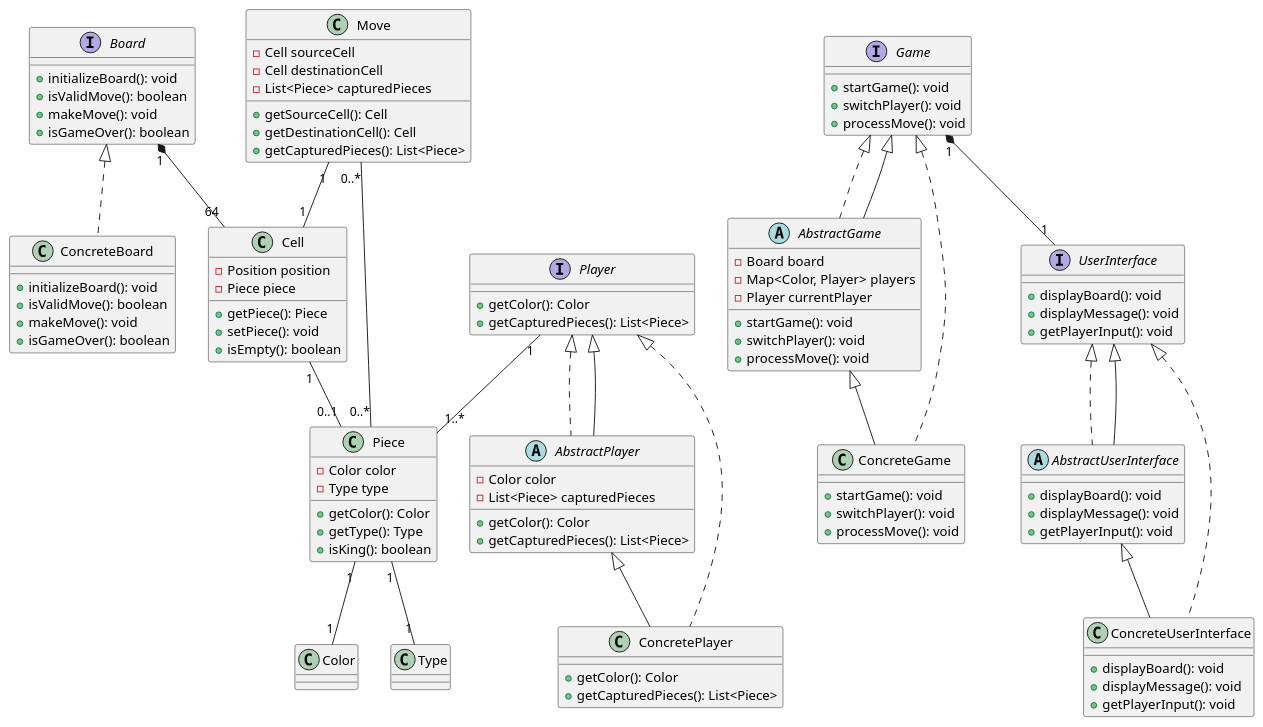
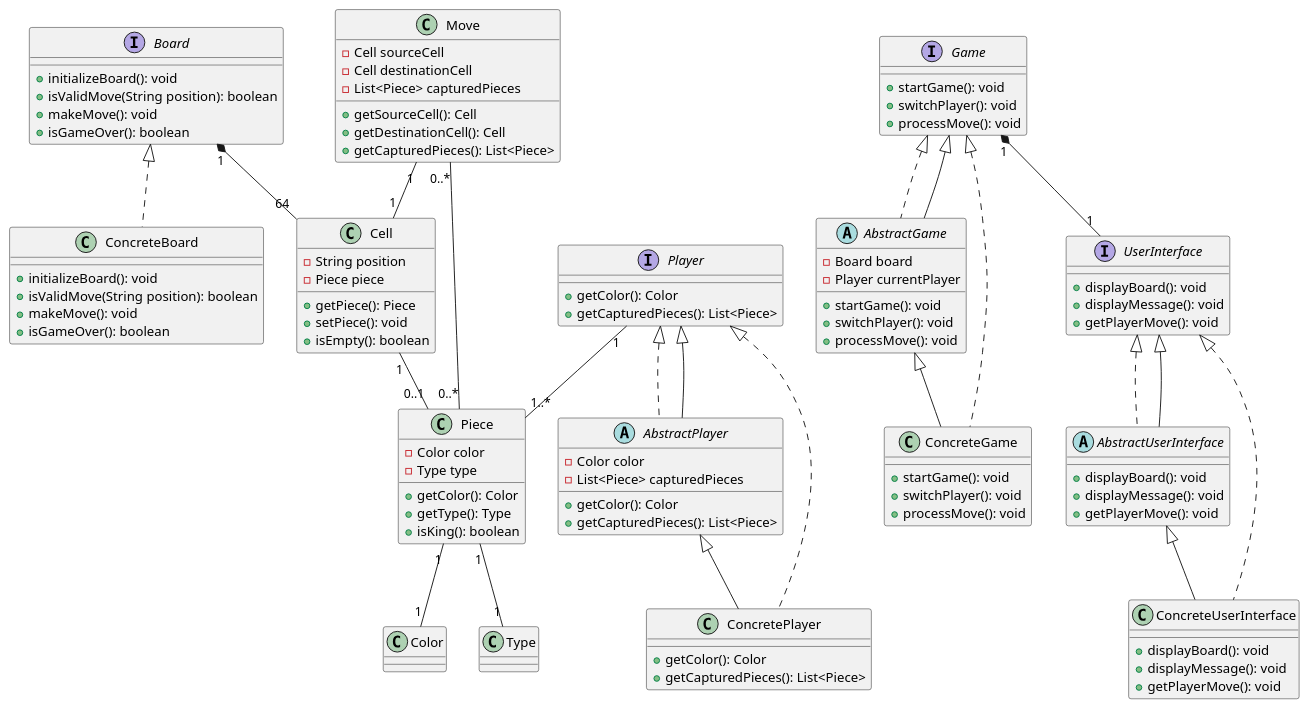
One commit to TSaavaMate/designPrincipes changed the diagram in designs/games/checker/checker.puml. Above: the diagram before and after it, drawn with PlantUML. The commit also changed 26 other files, not shown here.

```diff
--- a/designs/games/checker/checker.puml
+++ b/designs/games/checker/checker.puml
@@ -1,115 +1,114 @@
 @startuml
 
 interface Board {
   + initializeBoard(): void
-  + isValidMove(): boolean
+  + isValidMove(String position): boolean
   + makeMove(): void
   + isGameOver(): boolean
 }
 
 class ConcreteBoard {
   + initializeBoard(): void
-  + isValidMove(): boolean
+  + isValidMove(String position): boolean
   + makeMove(): void
   + isGameOver(): boolean
 }
 
 class Cell {
-  - Position position
+  - String position
   - Piece piece
   + getPiece(): Piece
   + setPiece(): void
   + isEmpty(): boolean
 }
 
 class Piece {
   - Color color
   - Type type
   + getColor(): Color
   + getType(): Type
   + isKing(): boolean
 }
 
 interface Player {
   + getColor(): Color
   + getCapturedPieces(): List<Piece>
 }
 
 abstract class AbstractPlayer implements Player {
   - Color color
   - List<Piece> capturedPieces
   + getColor(): Color
   + getCapturedPieces(): List<Piece>
 }
 
 class ConcretePlayer extends AbstractPlayer {
   + getColor(): Color
   + getCapturedPieces(): List<Piece>
 }
 
 class Move {
   - Cell sourceCell
   - Cell destinationCell
   - List<Piece> capturedPieces
   + getSourceCell(): Cell
   + getDestinationCell(): Cell
   + getCapturedPieces(): List<Piece>
 }
 
 interface Game {
   + startGame(): void
   + switchPlayer(): void
   + processMove(): void
 }
 
 abstract class AbstractGame implements Game {
   - Board board
-  - Map<Color, Player> players
   - Player currentPlayer
   + startGame(): void
   + switchPlayer(): void
   + processMove(): void
 }
 
 class ConcreteGame extends AbstractGame {
   + startGame(): void
   + switchPlayer(): void
   + processMove(): void
 }
 
 interface UserInterface {
   + displayBoard(): void
   + displayMessage(): void
-  + getPlayerInput(): void
+  + getPlayerMove(): void
 }
 
 abstract class AbstractUserInterface implements UserInterface {
   + displayBoard(): void
   + displayMessage(): void
-  + getPlayerInput(): void
+  + getPlayerMove(): void
 }
 
 class ConcreteUserInterface extends AbstractUserInterface {
   + displayBoard(): void
   + displayMessage(): void
-  + getPlayerInput(): void
+  + getPlayerMove(): void
 }
 
 Board <|.. ConcreteBoard
 Player <|.. ConcretePlayer
 Game <|.. ConcreteGame
 UserInterface <|.. ConcreteUserInterface
 Player <|-- AbstractPlayer
 Game <|-- AbstractGame
 UserInterface <|-- AbstractUserInterface
 
 Board "1" *-- "64" Cell
 Cell "1" -- "0..1" Piece
 Piece "1" -- "1" Color
 Piece "1" -- "1" Type
 Player "1" -- "1..*" Piece
 Move "1" -- "1" Cell
 Move "0..*" -- "0..*" Piece
 Game "1" *-- "1" UserInterface
 
 @enduml
```
